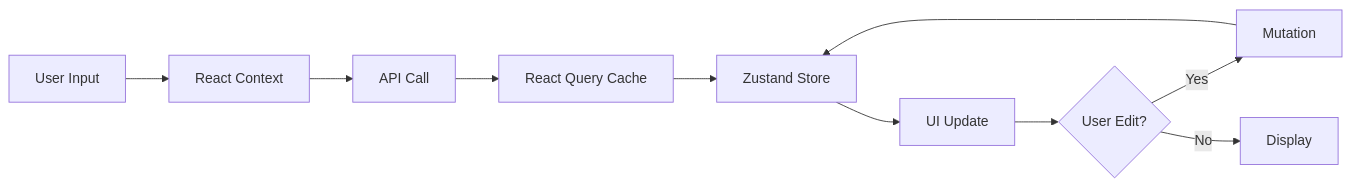
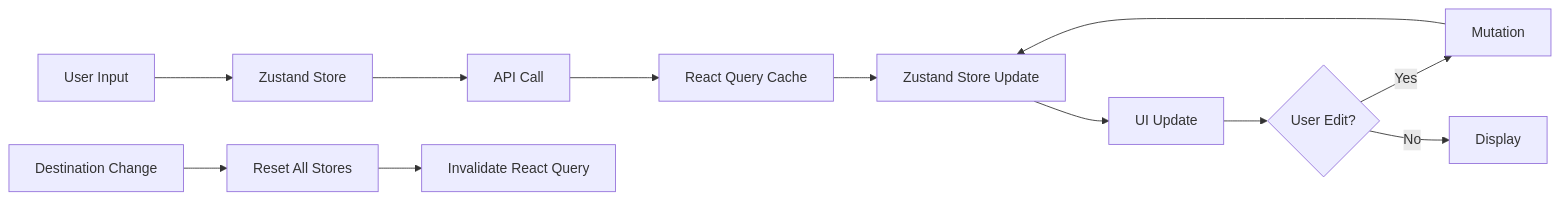
One commit to Mykal-Steele/Dawlance changed the second of 2 diagrams in plan-travel-flow.md. Above: the diagram before and after it, drawn with Mermaid. The commit also changed other lines of this file and 4 other files, not shown here.

````diff
--- a/plan-travel-flow.md
+++ b/plan-travel-flow.md
@@ -542,12 +1024,14 @@
 ```mermaid
 graph LR
-    A[User Input] --> B[React Context]
+    A[User Input] --> B[Zustand Store]
     B --> C[API Call]
     C --> D[React Query Cache]
-    D --> E[Zustand Store]
+    D --> E[Zustand Store Update]
     E --> F[UI Update]
     F --> G{User Edit?}
     G -->|Yes| H[Mutation]
     H --> E
     G -->|No| I[Display]
+    J[Destination Change] --> K[Reset All Stores]
+    K --> L[Invalidate React Query]
 ```
````
